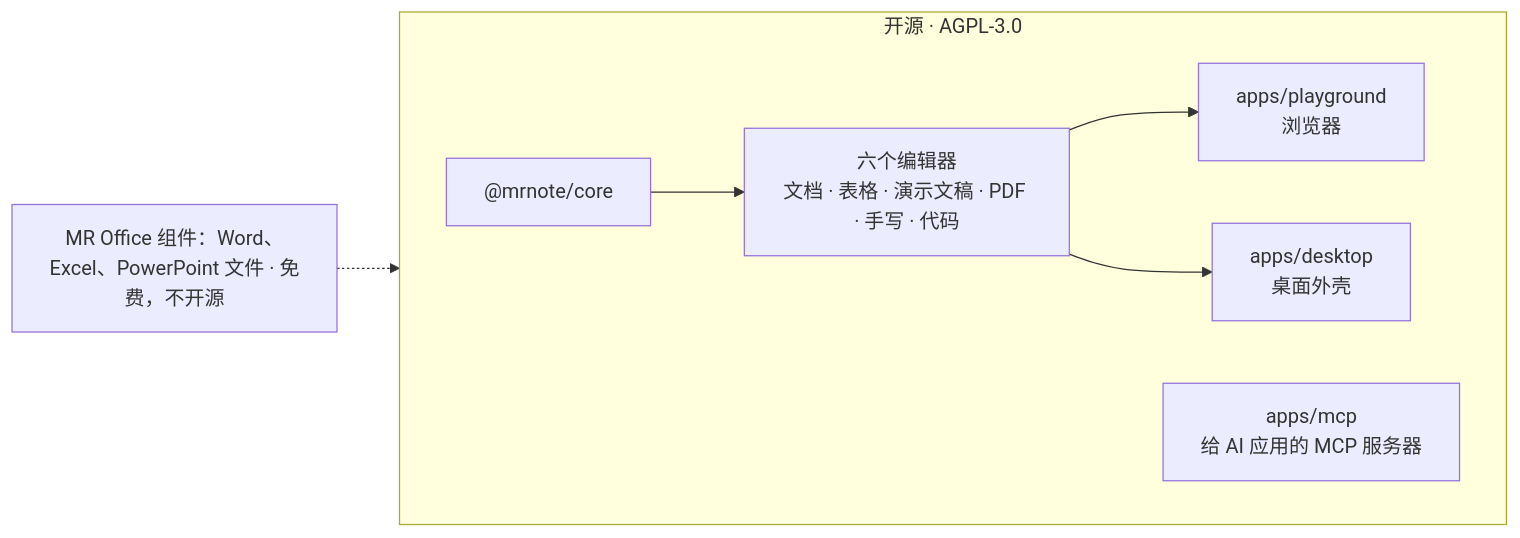
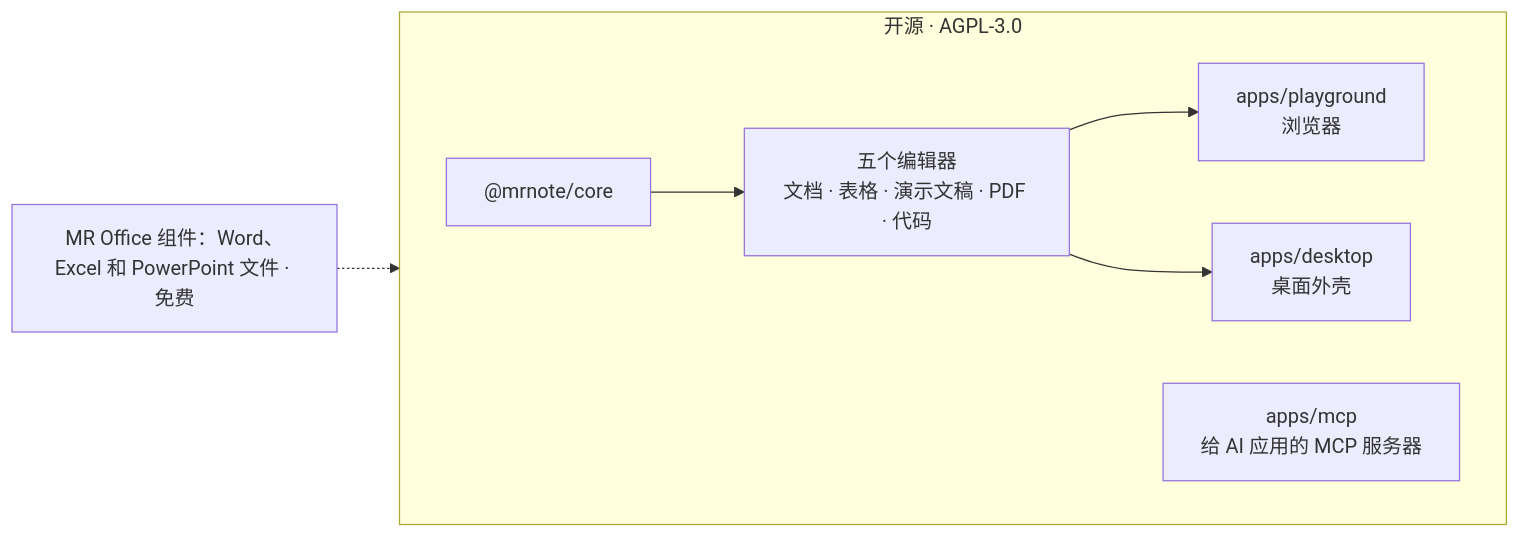
The diagram in i18n/README.zh.md (WhaleChao/MROffice), drawn with Mermaid before and after one commit. The commit also changed other lines of this file and 621 other files, not shown here.

````diff
--- a/i18n/README.zh.md
+++ b/i18n/README.zh.md
@@ -130,11 +128,11 @@
 ```mermaid
 flowchart LR
   subgraph OSS["开源 · AGPL-3.0"]
     direction LR
-    core["@mrnote/core"] --> E["六个编辑器<br/>文档 · 表格 · 演示文稿 · PDF · 手写 · 代码"]
+    core["@mrnote/core"] --> E["五个编辑器<br/>文档 · 表格 · 演示文稿 · PDF · 代码"]
     E --> PG["apps/playground<br/>浏览器"]
     E --> DS["apps/desktop<br/>桌面外壳"]
     MCP["apps/mcp<br/>给 AI 应用的 MCP 服务器"]
   end
-  COMP["MR Office 组件：Word、Excel、PowerPoint 文件 · 免费，不开源"] -.-> DS
+  COMP["MR Office 组件：Word、Excel 和 PowerPoint 文件 · 免费"] -.-> DS
 ```
````
